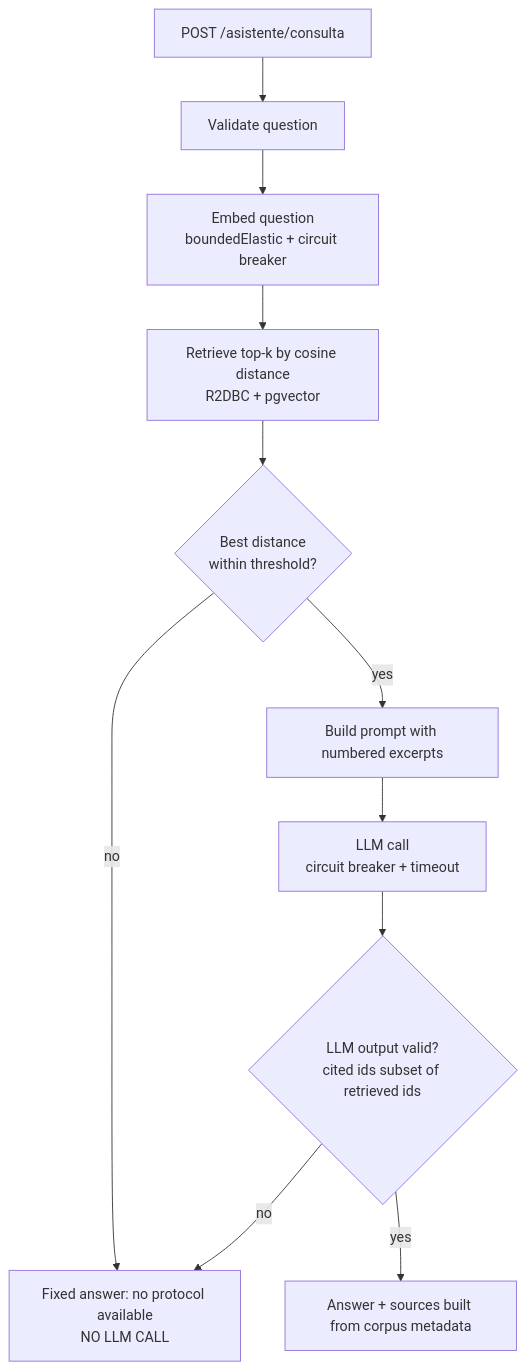
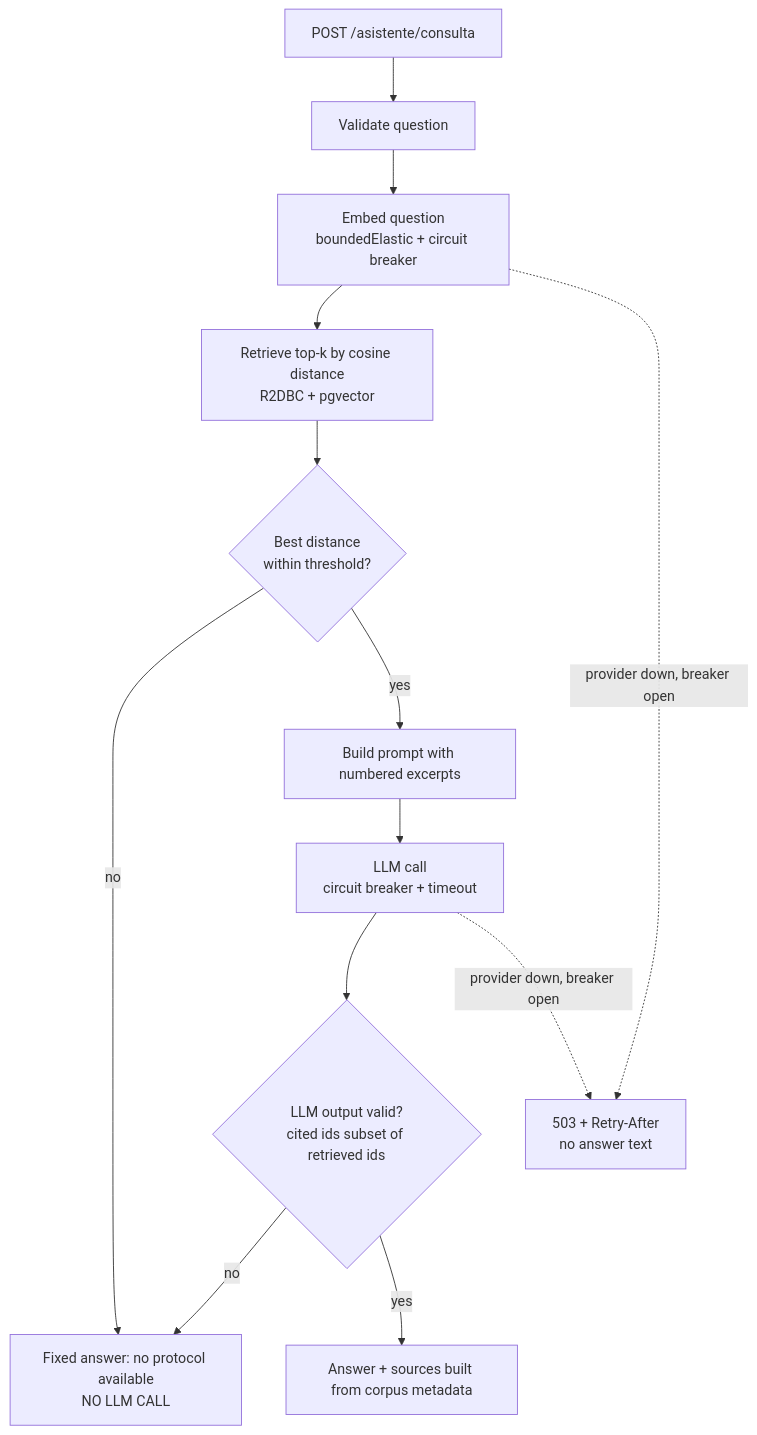
The third of 3 diagrams in docs/ARCHITECTURE.md (Jaiderin123/triaxis), drawn with Mermaid before and after one commit. The commit also changed other lines of this file and 10 other files, not shown here.

````diff
--- a/docs/ARCHITECTURE.md
+++ b/docs/ARCHITECTURE.md
@@ -455,13 +455,15 @@
 ```mermaid
 flowchart TD
     q[POST /asistente/consulta] --> v[Validate question]
     v --> e[Embed question<br/>boundedElastic + circuit breaker]
     e --> r[Retrieve top-k by cosine distance<br/>R2DBC + pgvector]
     r --> t{Best distance<br/>within threshold?}
     t -- no --> n[Fixed answer: no protocol available<br/>NO LLM CALL]
     t -- yes --> p[Build prompt with numbered excerpts]
     p --> l[LLM call<br/>circuit breaker + timeout]
     l --> c{LLM output valid?<br/>cited ids subset of retrieved ids}
     c -- no --> n
     c -- yes --> a[Answer + sources built from corpus metadata]
+    e -. provider down, breaker open .-> d[503 + Retry-After<br/>no answer text]
+    l -. provider down, breaker open .-> d
 ```
````
